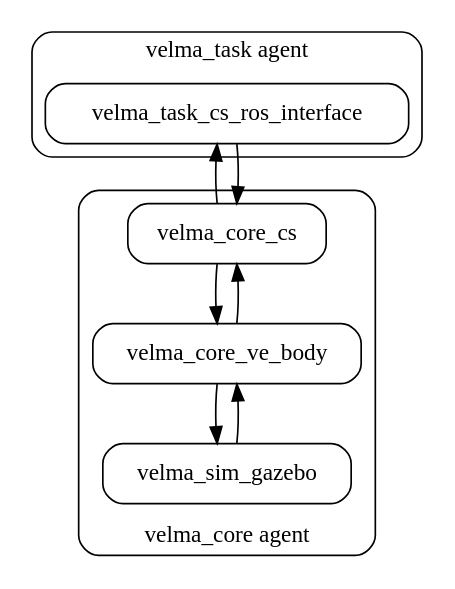
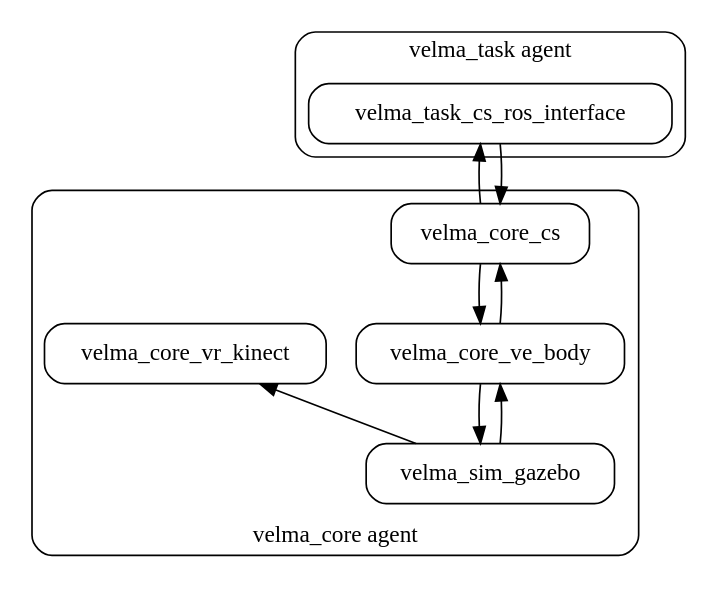
Before and after one commit to RCPRG-ros-pkg/velma_docs: the diagram in public/img/system.dot, drawn with Graphviz. The commit also changed 144 other files, not shown here.

```diff
--- a/public/img/system.dot
+++ b/public/img/system.dot
@@ -1,23 +1,24 @@
 digraph graphname {
     subgraph cluster_1 {
         style=rounded
         node [style=filled shape=box style=rounded];
         {rank = same; velma_task_cs_ros_interface;}
         label = "velma_task agent";
     }
 
     subgraph cluster_2 {
         style=rounded
         labelloc=b
         node [style=filled shape=box style=rounded];
         velma_core_cs -> velma_core_ve_body -> velma_sim_gazebo;
+        velma_sim_gazebo -> velma_core_vr_kinect;
         velma_sim_gazebo -> velma_core_ve_body -> velma_core_cs;
         {rank=sink velma_sim_gazebo;}
         label = "velma_core agent";
     }
 
     velma_task_cs_ros_interface -> velma_core_cs;
     velma_core_cs -> velma_task_cs_ros_interface;
 
     margin=0;   # for whole graph
 }
```
